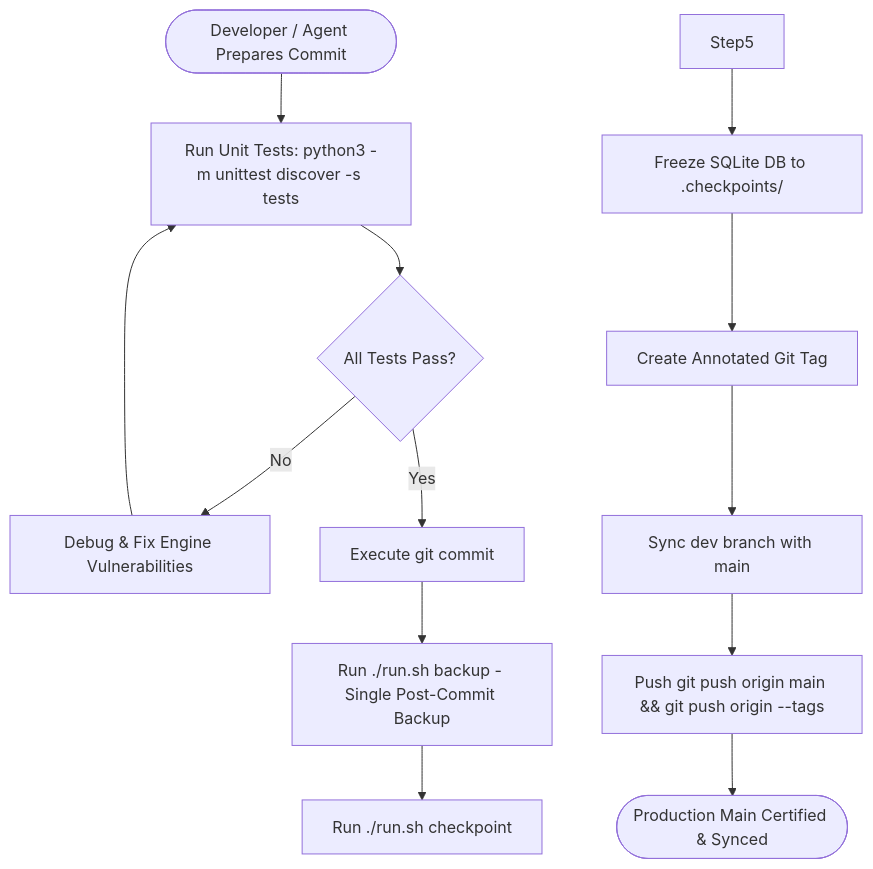
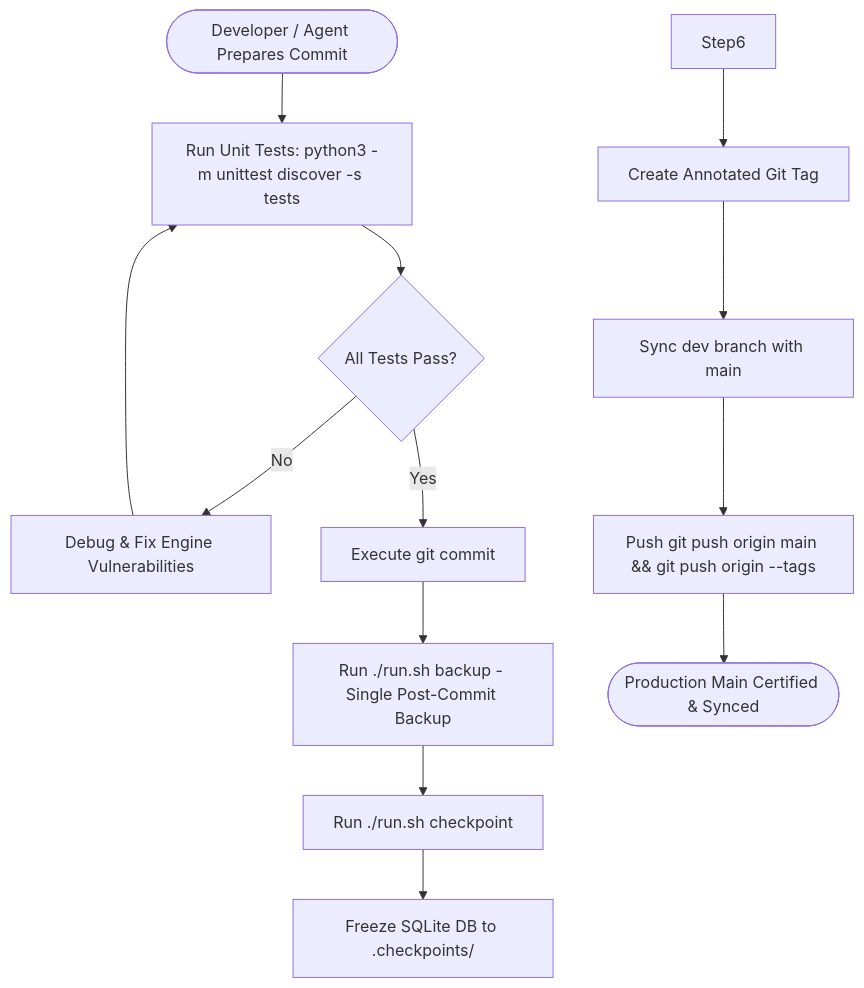
The fourth of 4 diagrams in docs/MASTER_ENGINEERING_MANUAL.md (jaktheripper-bot/Stock_Research_App), drawn with Mermaid before and after one commit.

Commit message:
docs: connect Step 4 to Step 5 in Process Flow 4 Mermaid flowchart

````diff
--- a/docs/MASTER_ENGINEERING_MANUAL.md
+++ b/docs/MASTER_ENGINEERING_MANUAL.md
@@ -275,14 +275,14 @@
 ```mermaid
 flowchart TD
     Start([Developer / Agent Prepares Commit]) --> Step1[Run Unit Tests: python3 -m unittest discover -s tests]
     Step1 --> TestDecision{All Tests Pass?}
     TestDecision -- No --> FixErrors[Debug & Fix Engine Vulnerabilities] --> Step1
     TestDecision -- Yes --> Step2[Execute git commit]
     Step2 --> Step3[Run ./run.sh backup - Single Post-Commit Backup]
     Step3 --> Step4[Run ./run.sh checkpoint]
-    Step5 --> Step6[Freeze SQLite DB to .checkpoints/]
+    Step4 --> Step5[Freeze SQLite DB to .checkpoints/]
     Step6 --> Step7[Create Annotated Git Tag]
     Step7 --> Step8[Sync dev branch with main]
     Step8 --> Step9[Push git push origin main && git push origin --tags]
     Step9 --> Done([Production Main Certified & Synced])
 ```
````
